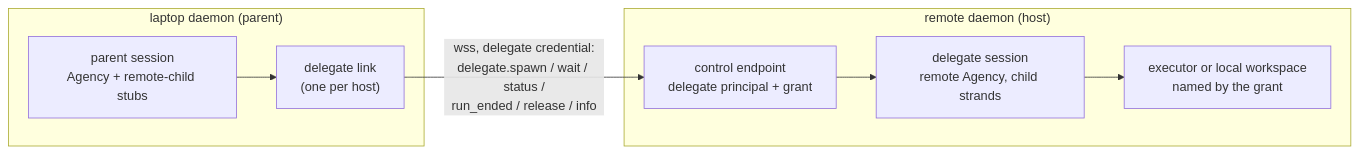
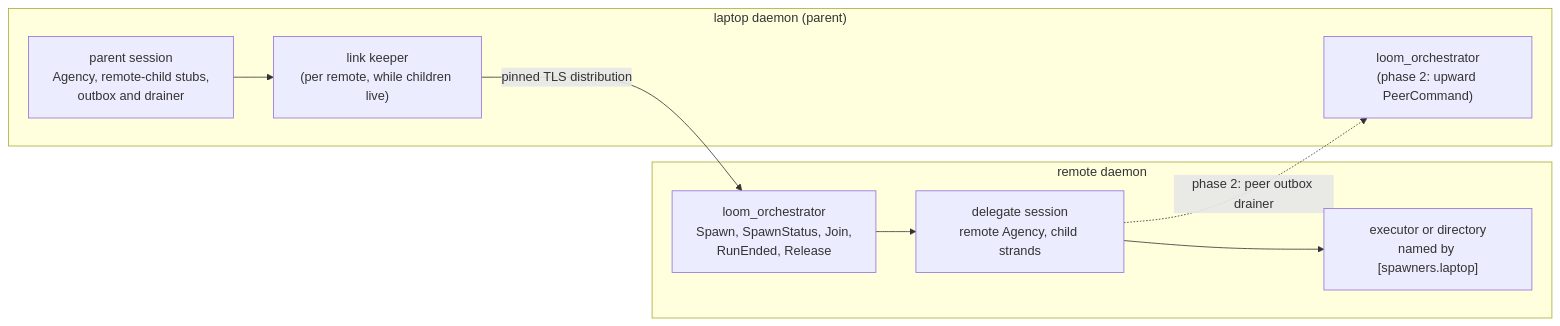
Before and after one commit to Roasbeef/loom: the second of 5 diagrams in docs/design-notes/remote-subagents.md, drawn with Mermaid. The commit also changed other lines of this file and 1 other file, not shown here.

````diff
--- a/docs/design-notes/remote-subagents.md
+++ b/docs/design-notes/remote-subagents.md
@@ -150,16 +181,18 @@
 ```mermaid
 flowchart LR
     subgraph laptop["laptop daemon (parent)"]
-        p["parent session<br/>Agency + remote-child stubs"]
-        l["delegate link<br/>(one per host)"]
+        p["parent session<br/>Agency, remote-child stubs,<br/>outbox and drainer"]
+        k["link keeper<br/>(per remote, while children live)"]
+        lp["loom_orchestrator<br/>(phase 2: upward PeerCommand)"]
     end
-    subgraph remote["remote daemon (host)"]
-        c["control endpoint<br/>delegate principal + grant"]
+    subgraph remote["remote daemon"]
+        rp["loom_orchestrator<br/>Spawn, SpawnStatus, Join,<br/>RunEnded, Release"]
         d["delegate session<br/>remote Agency, child strands"]
-        x["executor or local workspace<br/>named by the grant"]
+        x["executor or directory<br/>named by [spawners.laptop]"]
     end
-    p --> l
-    l -- "wss, delegate credential:<br/>delegate.spawn / wait / status /<br/>run_ended / release / info" --> c
-    c --> d
+    p --> k
+    k -- "pinned TLS distribution" --> rp
+    rp --> d
     d --> x
+    d -. "phase 2: peer outbox drainer" .-> lp
 ```
````
